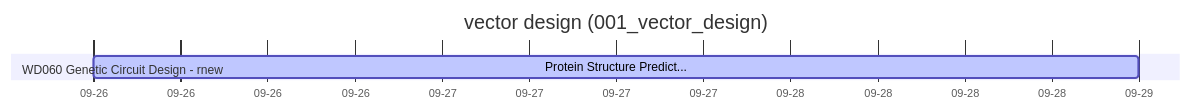
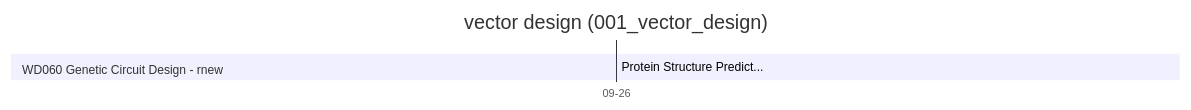
The second of 3 diagrams in gantt_chart.md (sblabkribb/bf_workflow_monitor), drawn with Mermaid before and after one commit. The commit also changed other lines of this file and 42 other files, not shown here.

````diff
--- a/gantt_chart.md
+++ b/gantt_chart.md
@@ -93,9 +93,9 @@
 ```mermaid
 gantt
     title vector design (001_vector_design)
     dateFormat  YYYY-MM-DD
     axisFormat %m-%d
 
     section WD060 Genetic Circuit Design - rnew
-    Protein Structure Predict... :active, USW070, 2025-09-26, 2025-09-29
+    Protein Structure Predict... :crit, USW070, 2025-09-26, 2025-09-26
 ```
````
